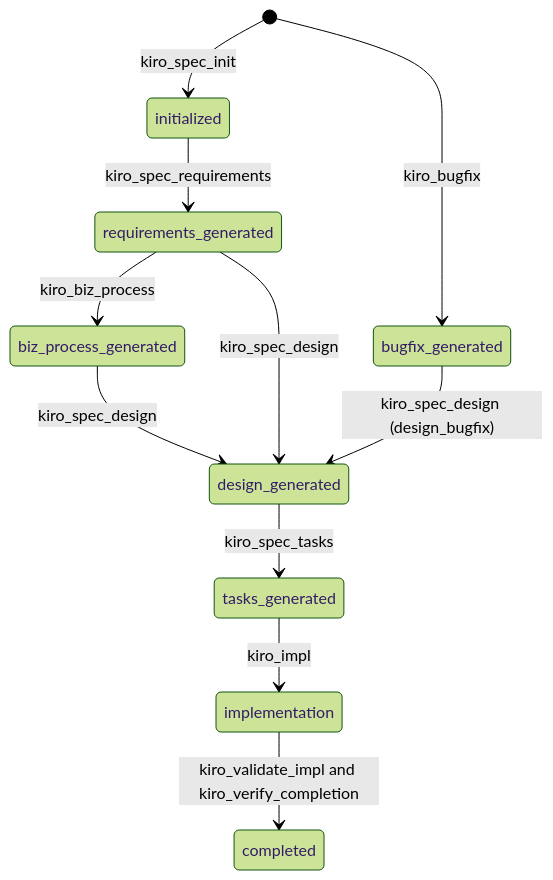
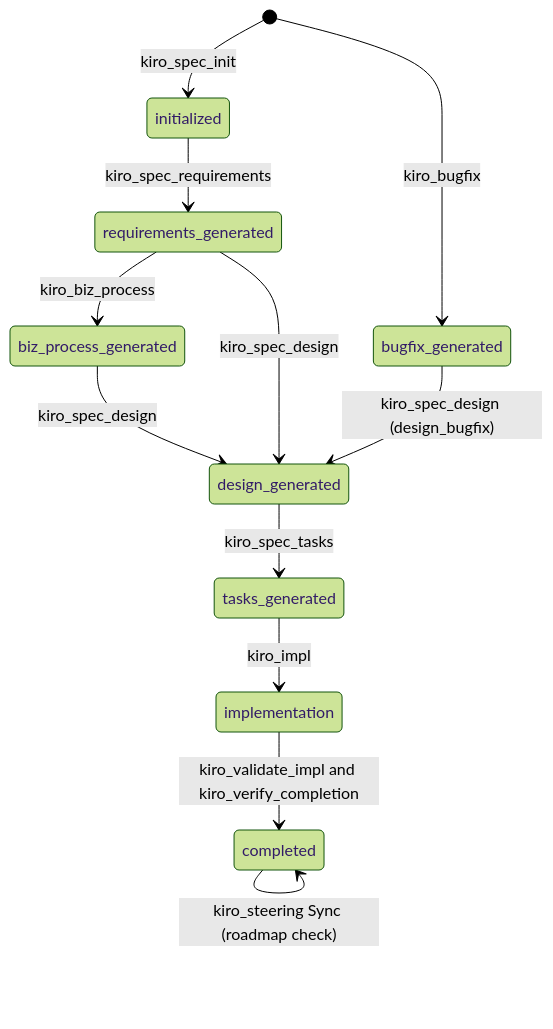
The fourth of 5 diagrams in docs/design.md (hodorii/agentic-psdd), drawn with Mermaid (forest theme) before and after one commit. The commit also changed other lines of this file and 4 other files, not shown here.

````diff
--- a/docs/design.md
+++ b/docs/design.md
@@ -285,13 +299,14 @@
 ```mermaid
 stateDiagram-v2
   [*] --> initialized: kiro_spec_init
   initialized --> requirements_generated: kiro_spec_requirements
   [*] --> bugfix_generated: kiro_bugfix
   requirements_generated --> biz_process_generated: kiro_biz_process
   requirements_generated --> design_generated: kiro_spec_design
   bugfix_generated --> design_generated: kiro_spec_design (design_bugfix)
   biz_process_generated --> design_generated: kiro_spec_design
   design_generated --> tasks_generated: kiro_spec_tasks
   tasks_generated --> implementation: kiro_impl
   implementation --> completed: kiro_validate_impl and kiro_verify_completion
+  completed --> completed: kiro_steering Sync (roadmap check)
 ```
````
